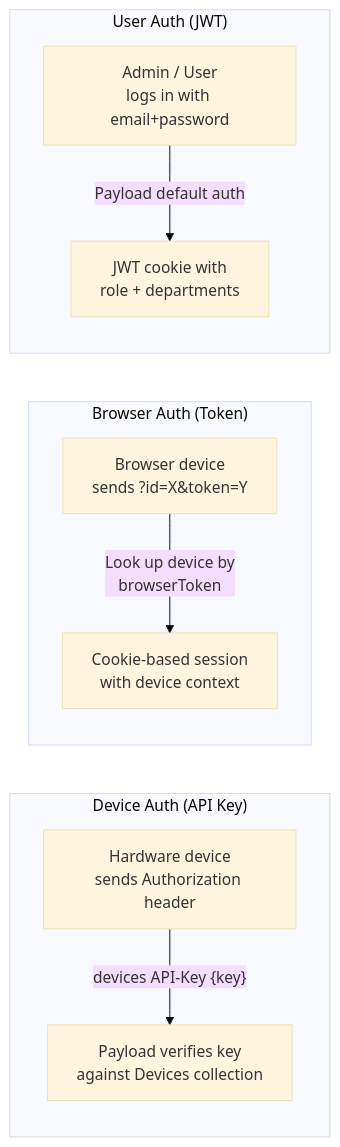
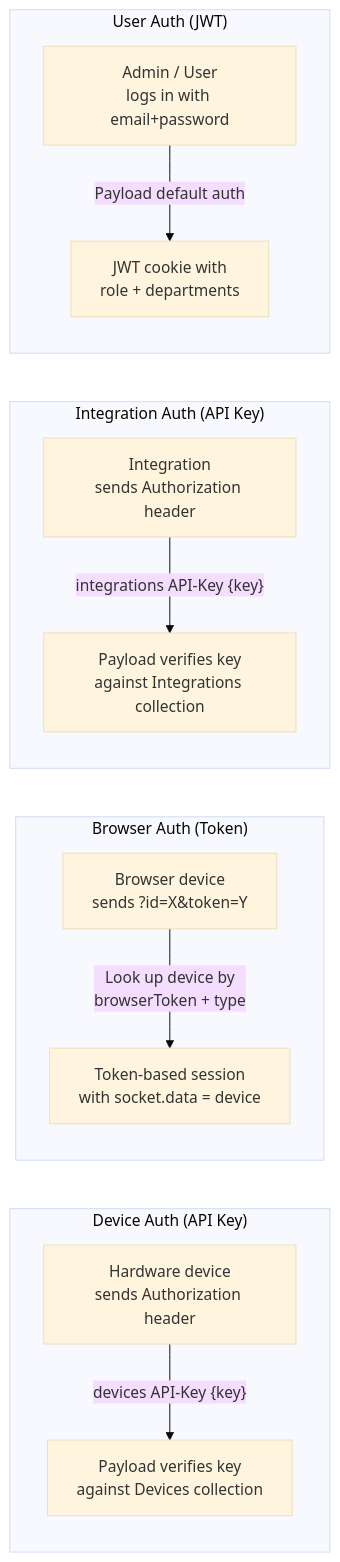
Before and after one commit to wrodie/peydx: the fourth of 9 diagrams in guides/ARCHITECTURE.md, drawn with Mermaid (base theme). The commit also changed other lines of this file and 5 other files, not shown here.

````diff
--- a/guides/ARCHITECTURE.md
+++ b/guides/ARCHITECTURE.md
@@ -185,14 +185,18 @@
 ```mermaid
 graph LR
     subgraph "Device Auth (API Key)"
         DA1["Hardware device<br/>sends Authorization header"] -->|"devices API-Key {key}"| DA2["Payload verifies key<br/>against Devices collection"]
     end
 
     subgraph "Browser Auth (Token)"
-        BA1["Browser device<br/>sends ?id=X&token=Y"] -->|"Look up device by<br/>browserToken"| BA2["Cookie-based session<br/>with device context"]
+        BA1["Browser device<br/>sends ?id=X&token=Y"] -->|"Look up device by<br/>browserToken + type"| BA2["Token-based session<br/>with socket.data = device"]
+    end
+
+    subgraph "Integration Auth (API Key)"
+        IA1["Integration<br/>sends Authorization header"] -->|"integrations API-Key {key}"| IA2["Payload verifies key<br/>against Integrations collection"]
     end
 
     subgraph "User Auth (JWT)"
         UA1["Admin / User<br/>logs in with email+password"] -->|"Payload default auth"| UA2["JWT cookie with<br/>role + departments"]
     end
 ```
````
